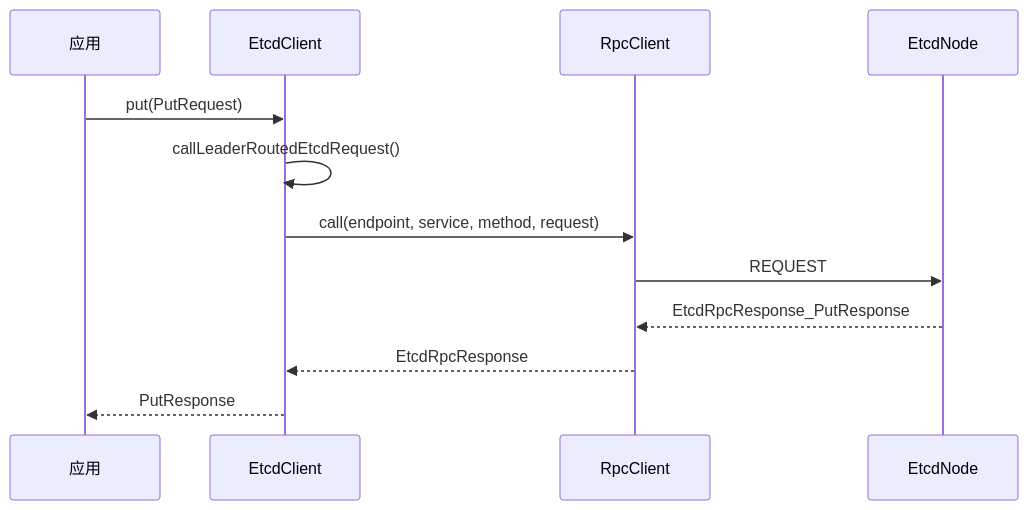
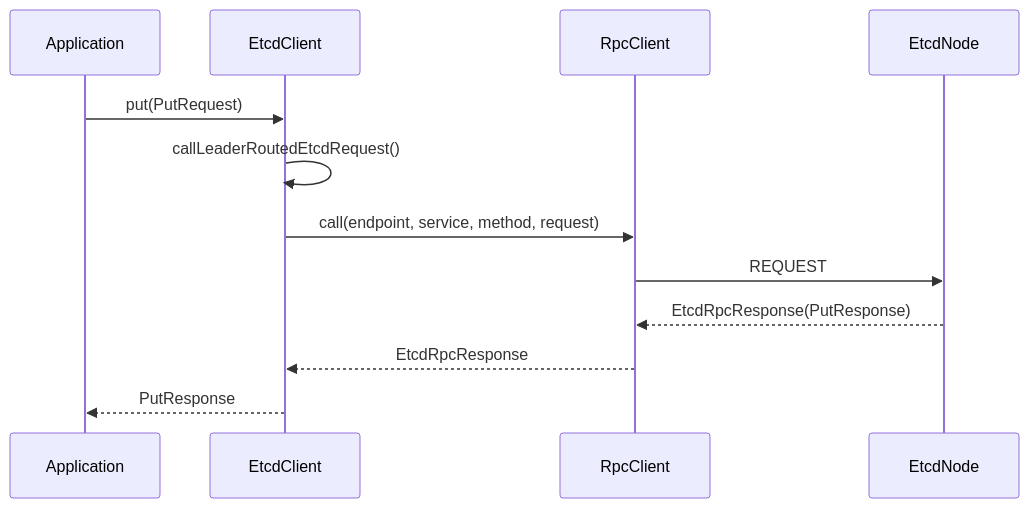
Before and after one commit to xhjkss/mini-etcd-project: the second of 3 diagrams in docs/architecture-08-sdk.md, drawn with Mermaid. The commit also changed other lines of this file and 10 other files, not shown here.

````diff
--- a/docs/architecture-08-sdk.md
+++ b/docs/architecture-08-sdk.md
@@ -86,15 +82,15 @@
 ```mermaid
 sequenceDiagram
-    participant App as 应用
+    participant App as Application
     participant Client as EtcdClient
     participant Rpc as RpcClient
     participant Node as EtcdNode
 
     App->>Client: put(PutRequest)
     Client->>Client: callLeaderRoutedEtcdRequest()
     Client->>Rpc: call(endpoint, service, method, request)
     Rpc->>Node: REQUEST
-    Node-->>Rpc: EtcdRpcResponse_PutResponse
+    Node-->>Rpc: EtcdRpcResponse(PutResponse)
     Rpc-->>Client: EtcdRpcResponse
     Client-->>App: PutResponse
 ```
````
